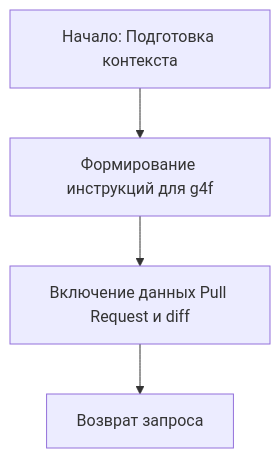
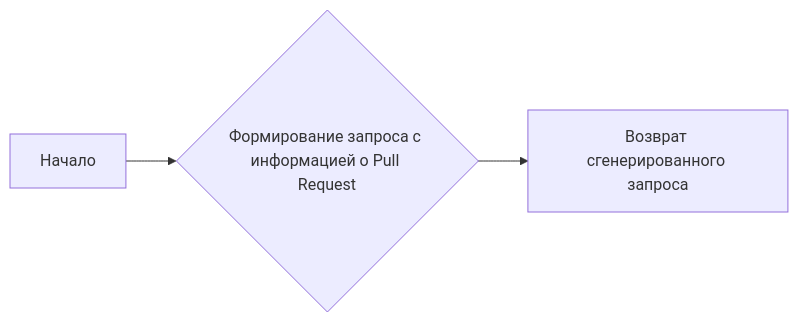
One commit to hypo69/hypotez changed the eighth of 8 diagrams in docs/ru/src/endpoints/gpt4free/etc/tool/copilot.py.md. Above: the diagram before and after it, drawn with Mermaid. The commit also changed other lines of this file and 1431 other files, not shown here.

````diff
--- a/docs/ru/src/endpoints/gpt4free/etc/tool/copilot.py.md
+++ b/docs/ru/src/endpoints/gpt4free/etc/tool/copilot.py.md
@@ -421,6 +331,5 @@
 ```mermaid
-graph TD
-    A[Начало: Подготовка контекста] --> B[Формирование инструкций для g4f];
-    B --> C[Включение данных Pull Request и diff];
-    C --> D[Возврат запроса];
+graph LR
+A[Начало] --> B{Формирование запроса с информацией о Pull Request};
+B --> C[Возврат сгенерированного запроса];
 ```
````
